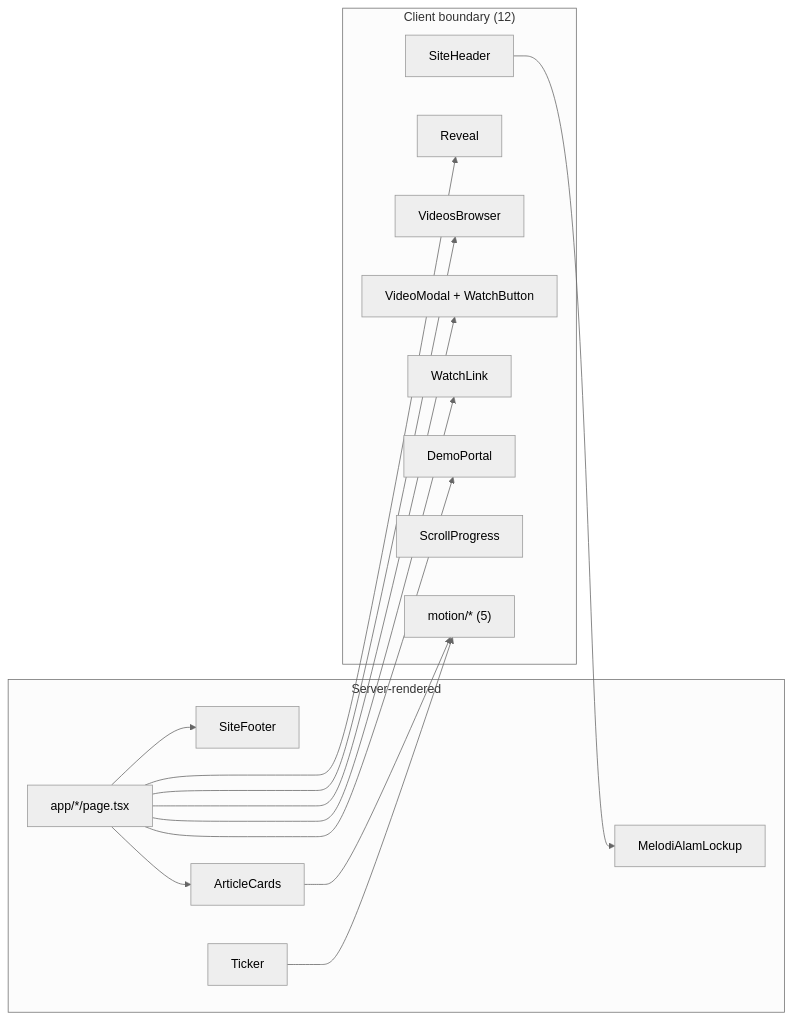
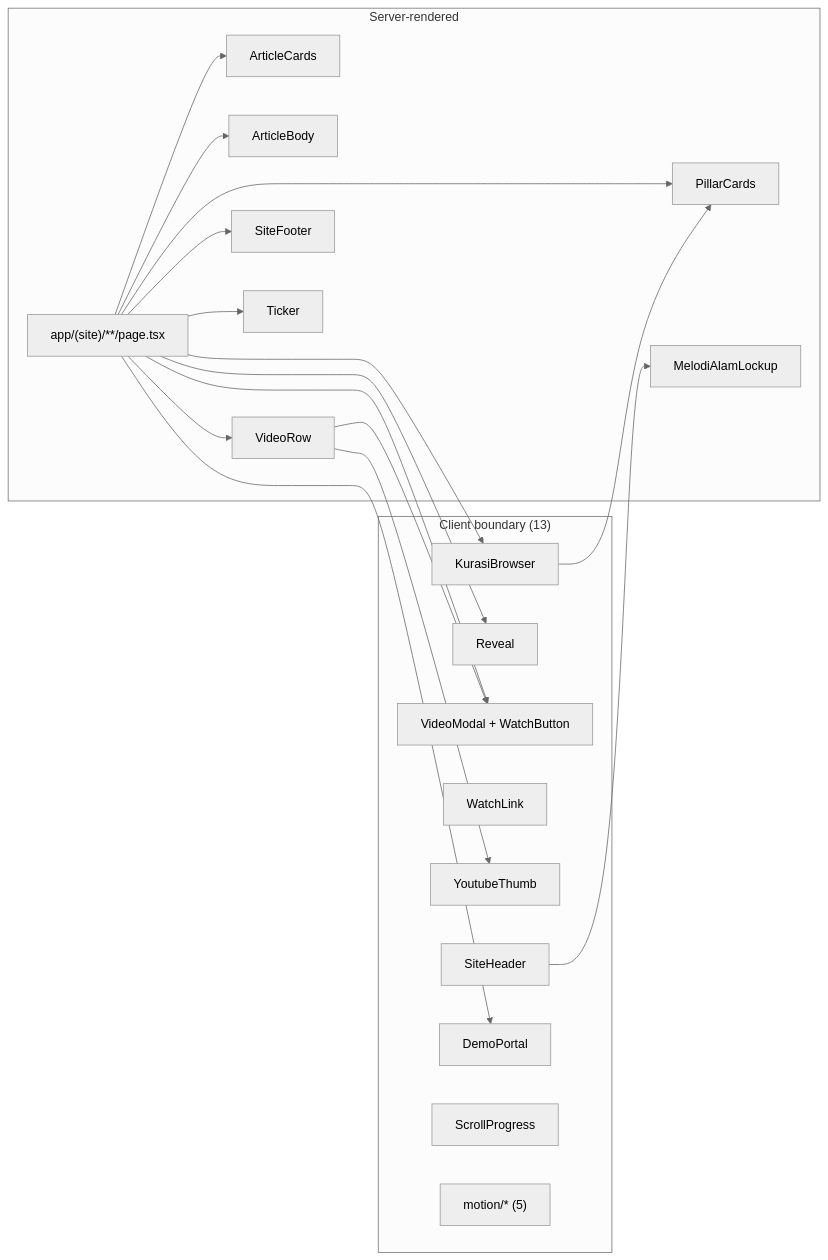
One commit to albiruby/melodialam-website changed the second of 5 diagrams in docs/FRONTEND-PLAN.md. Above: the diagram before and after it, drawn with Mermaid (neutral theme). The commit also changed other lines of this file and 23 other files, not shown here.

````diff
--- a/docs/FRONTEND-PLAN.md
+++ b/docs/FRONTEND-PLAN.md
@@ -245,30 +288,38 @@
 ```mermaid
 graph LR
   subgraph server["Server-rendered"]
-    PG["app/*/page.tsx"]
+    PG["app/(site)/**/page.tsx"]
+    AC["ArticleCards"]
+    AB["ArticleBody"]
+    PC["PillarCards"]
+    VR["VideoRow"]
     FO["SiteFooter"]
     TI["Ticker"]
-    AC["ArticleCards"]
     BM["MelodiAlamLockup"]
   end
-  subgraph client["Client boundary (12)"]
+  subgraph client["Client boundary (13)"]
     HD["SiteHeader"]
     RB["Reveal"]
-    VB["VideosBrowser"]
     VM["VideoModal + WatchButton"]
     WL["WatchLink"]
+    YT["YoutubeThumb"]
+    KB["KurasiBrowser"]
     DP["DemoPortal"]
     SP["ScrollProgress"]
     M["motion/* (5)"]
   end
+  PG --> AC
+  PG --> AB
+  PG --> PC
+  PG --> VR
   PG --> FO
-  PG --> AC
-  AC --> M
-  TI --> M
+  PG --> TI
   PG --> RB
-  PG --> VB
   PG --> VM
-  PG --> WL
+  PG --> KB
   PG --> DP
   HD --> BM
+  KB --> PC
+  VR --> YT
+  VR --> VM
 ```
````
